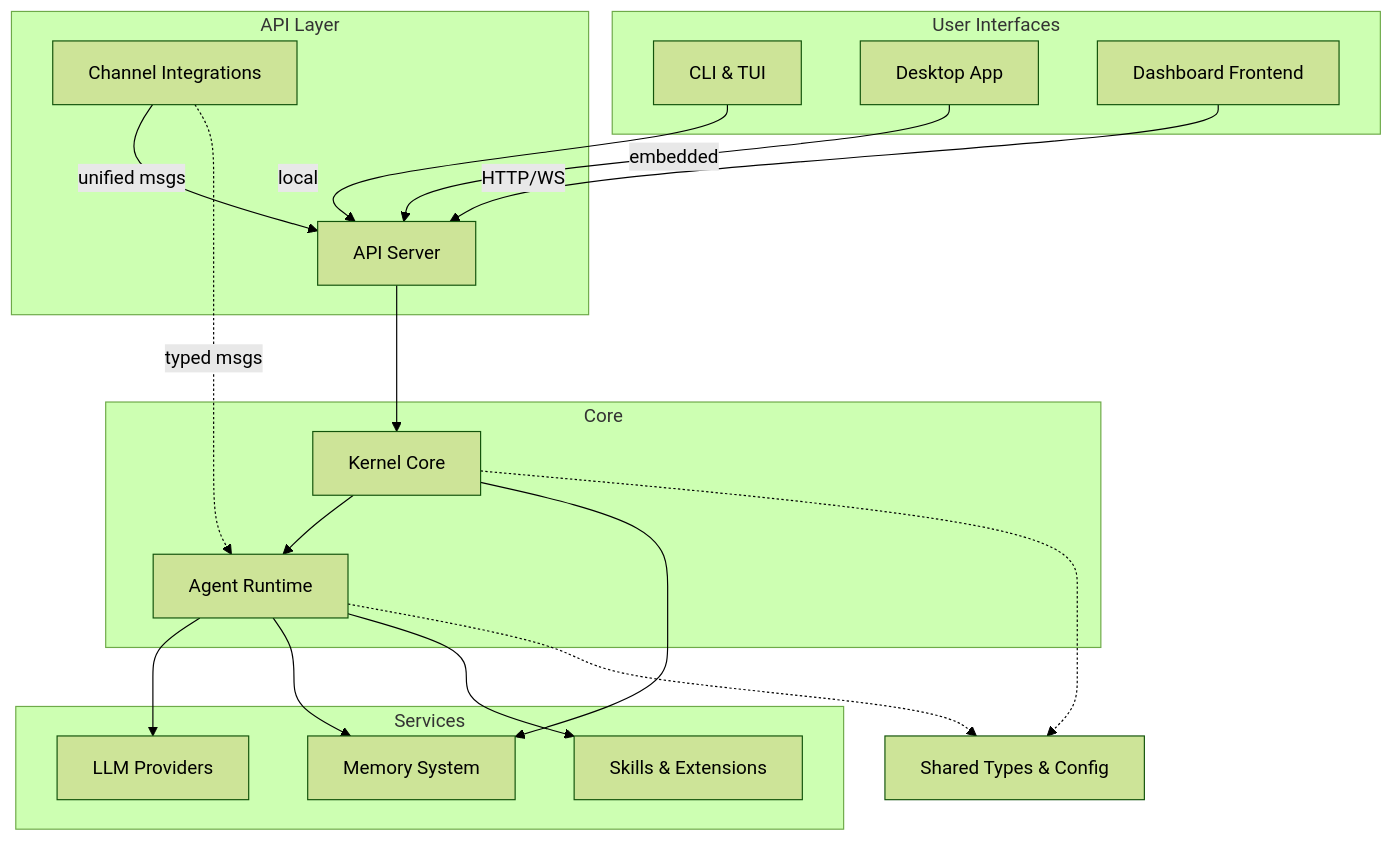
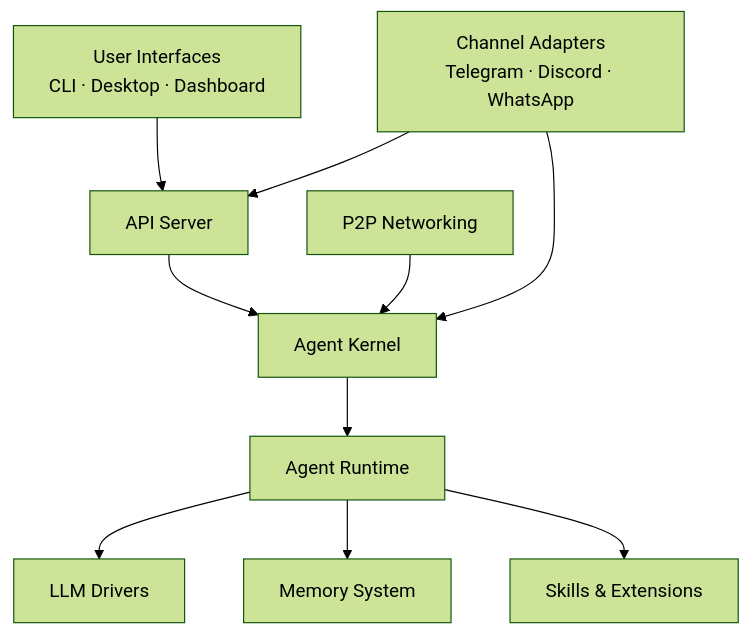
Before and after one commit to leszek3737/librefang-WIki: the diagram in overview.md, drawn with Mermaid (forest theme). The commit also changed other lines of this file and 118 other files, not shown here.

````diff
--- a/overview.md
+++ b/overview.md
@@ -9,40 +9,22 @@
 ```mermaid
 graph TD
-    subgraph "User Interfaces"
-        CLI[CLI & TUI]
-        DSK[Desktop App]
-        DASH[Dashboard Frontend]
-    end
+    UI["User Interfaces<br/>CLI · Desktop · Dashboard"]
+    CHANNELS["Channel Adapters<br/>Telegram · Discord · WhatsApp"]
+    API["API Server"]
+    KERNEL["Agent Kernel"]
+    RUNTIME["Agent Runtime"]
+    LLM["LLM Drivers"]
+    MEMORY["Memory System"]
+    SKILLS["Skills & Extensions"]
+    PEER["P2P Networking"]
 
-    subgraph "API Layer"
-        API[API Server]
-        CH[Channel Integrations]
-    end
-
-    subgraph "Core"
-        KERNEL[Kernel Core]
-        RUNTIME[Agent Runtime]
-    end
-
-    subgraph "Services"
-        LLM[LLM Providers]
-        MEM[Memory System]
-        SKILLS[Skills & Extensions]
-    end
-
-    FOUNDATION[Shared Types & Config]
-
-    DASH -->|HTTP/WS| API
-    DSK -->|embedded| API
-    CLI -->|local| API
-    CH -->|unified msgs| API
+    UI --> API
+    CHANNELS --> API
+    CHANNELS --> KERNEL
     API --> KERNEL
     KERNEL --> RUNTIME
     RUNTIME --> LLM
-    RUNTIME --> MEM
+    RUNTIME --> MEMORY
     RUNTIME --> SKILLS
-    KERNEL --> MEM
-    CH -.->|typed msgs| RUNTIME
-    RUNTIME -.-> FOUNDATION
-    KERNEL -.-> FOUNDATION
+    PEER --> KERNEL
 ```
````
